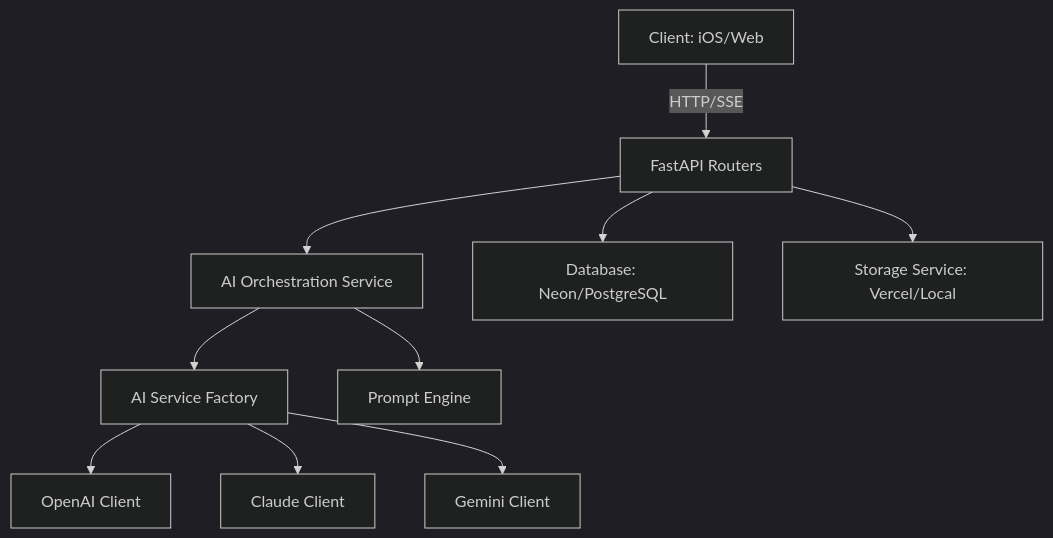
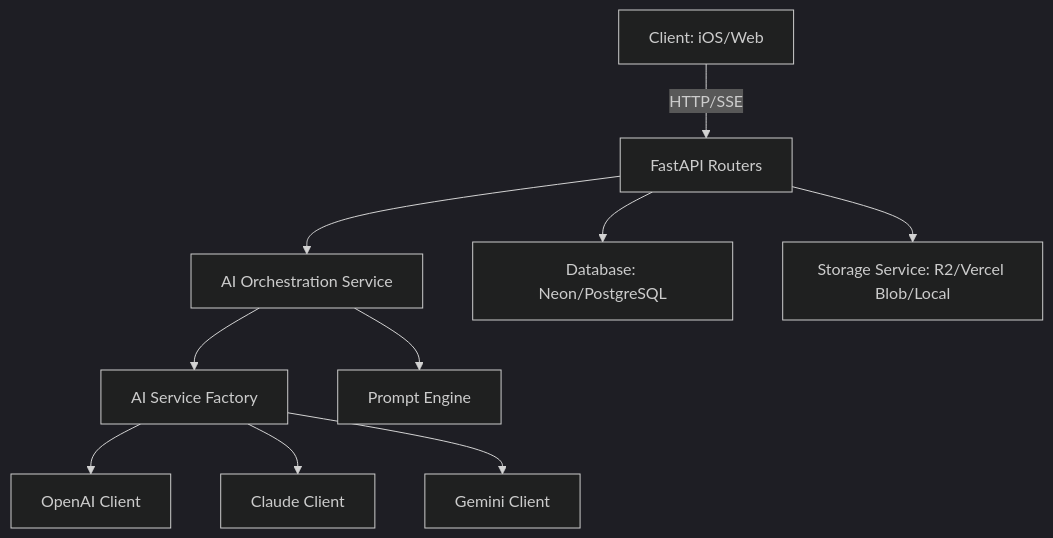
Before and after one commit to qinzzz/Musee: the diagram in backend/README.md, drawn with Mermaid (dark theme). The commit also changed other lines of this file and 9 other files, not shown here.

````diff
--- a/backend/README.md
+++ b/backend/README.md
@@ -9,12 +9,12 @@
 ```mermaid
 graph TD
     A[Client: iOS/Web] -->|HTTP/SSE| B[FastAPI Routers]
     B --> C[AI Orchestration Service]
     B --> D[Database: Neon/PostgreSQL]
     C --> E[AI Service Factory]
     E --> F[OpenAI Client]
     E --> G[Claude Client]
     E --> H[Gemini Client]
     C --> I[Prompt Engine]
-    B --> J[Storage Service: Vercel/Local]
+    B --> J[Storage Service: R2/Vercel Blob/Local]
 ```
````
